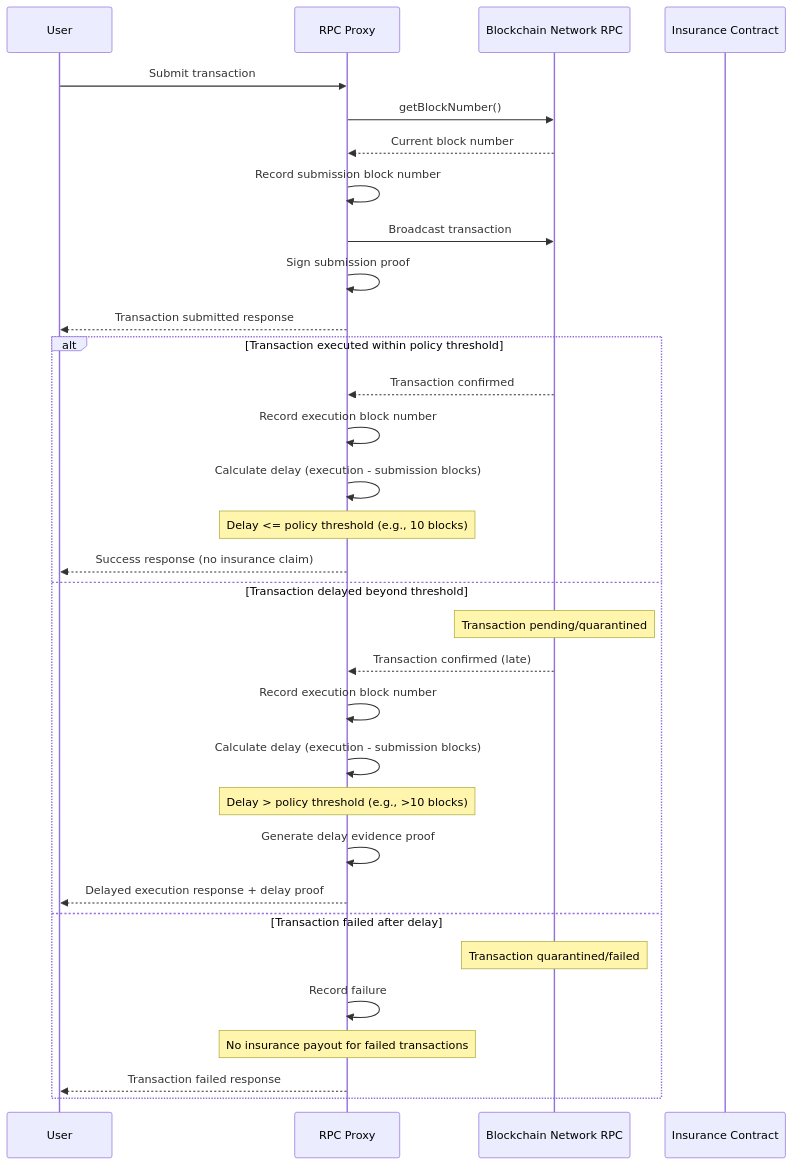
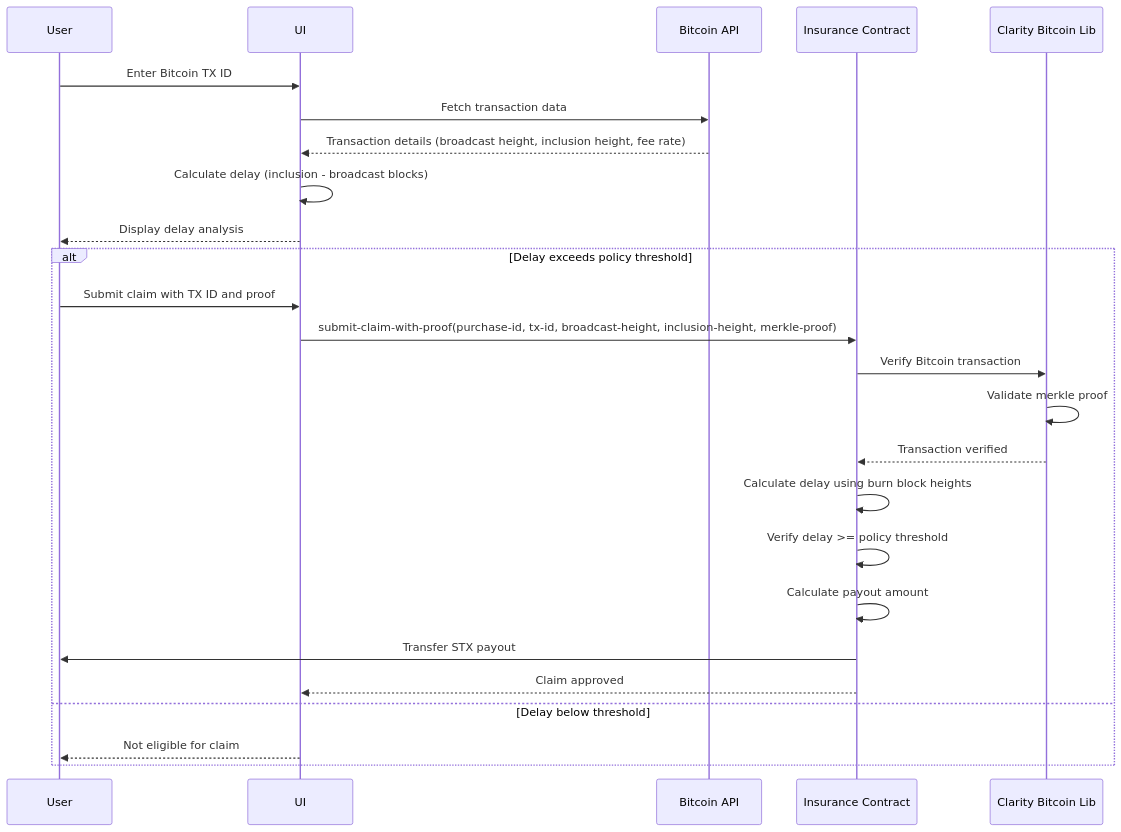
Before and after one commit to AmaanSayyad/HyperInsure: the second of 4 diagrams in README.md, drawn with Mermaid. The commit also changed other lines of this file and 1 other file, not shown here.

````diff
--- a/README.md
+++ b/README.md
@@ -66,36 +64,29 @@
 ```mermaid
 sequenceDiagram
     participant User
-    participant RPC Proxy
-    participant Blockchain Network RPC
+    participant UI
+    participant Bitcoin API
     participant Insurance Contract
+    participant Clarity Bitcoin Lib
 
-    User->>RPC Proxy: Submit transaction
-    RPC Proxy->>Blockchain Network RPC: getBlockNumber()
-    Blockchain Network RPC-->>RPC Proxy: Current block number
-    RPC Proxy->>RPC Proxy: Record submission block number
-    RPC Proxy->>Blockchain Network RPC: Broadcast transaction
-    RPC Proxy->>RPC Proxy: Sign submission proof
-    RPC Proxy-->>User: Transaction submitted response
+    User->>UI: Enter Bitcoin TX ID
+    UI->>Bitcoin API: Fetch transaction data
+    Bitcoin API-->>UI: Transaction details (broadcast height, inclusion height, fee rate)
+    UI->>UI: Calculate delay (inclusion - broadcast blocks)
+    UI-->>User: Display delay analysis
     
-    alt Transaction executed within policy threshold
-        Blockchain Network RPC-->>RPC Proxy: Transaction confirmed
-        RPC Proxy->>RPC Proxy: Record execution block number
-        RPC Proxy->>RPC Proxy: Calculate delay (execution - submission blocks)
-        Note over RPC Proxy: Delay <= policy threshold (e.g., 10 blocks)
-        RPC Proxy-->>User: Success response (no insurance claim)
-    else Transaction delayed beyond threshold
-        Note over Blockchain Network RPC: Transaction pending/quarantined
-        Blockchain Network RPC-->>RPC Proxy: Transaction confirmed (late)
-        RPC Proxy->>RPC Proxy: Record execution block number
-        RPC Proxy->>RPC Proxy: Calculate delay (execution - submission blocks)
-        Note over RPC Proxy: Delay > policy threshold (e.g., >10 blocks)
-        RPC Proxy->>RPC Proxy: Generate delay evidence proof
-        RPC Proxy-->>User: Delayed execution response + delay proof
-    else Transaction failed after delay
-        Note over Blockchain Network RPC: Transaction quarantined/failed
-        RPC Proxy->>RPC Proxy: Record failure
-        Note over RPC Proxy: No insurance payout for failed transactions
-        RPC Proxy-->>User: Transaction failed response
+    alt Delay exceeds policy threshold
+        User->>UI: Submit claim with TX ID and proof
+        UI->>Insurance Contract: submit-claim-with-proof(purchase-id, tx-id, broadcast-height, inclusion-height, merkle-proof)
+        Insurance Contract->>Clarity Bitcoin Lib: Verify Bitcoin transaction
+        Clarity Bitcoin Lib->>Clarity Bitcoin Lib: Validate merkle proof
+        Clarity Bitcoin Lib-->>Insurance Contract: Transaction verified
+        Insurance Contract->>Insurance Contract: Calculate delay using burn block heights
+        Insurance Contract->>Insurance Contract: Verify delay >= policy threshold
+        Insurance Contract->>Insurance Contract: Calculate payout amount
+        Insurance Contract->>User: Transfer STX payout
+        Insurance Contract-->>UI: Claim approved
+    else Delay below threshold
+        UI-->>User: Not eligible for claim
     end
 ```
````
